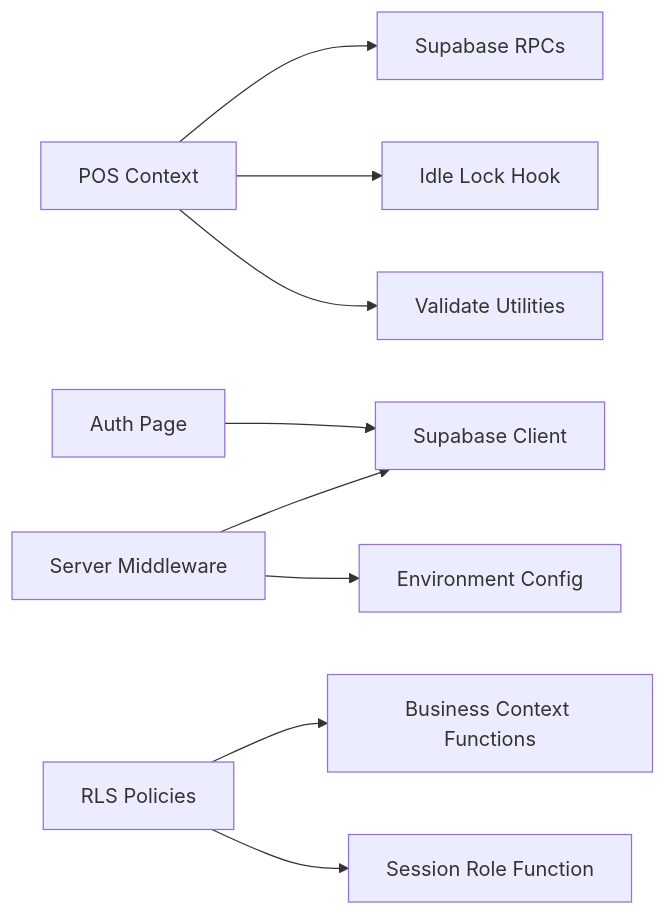
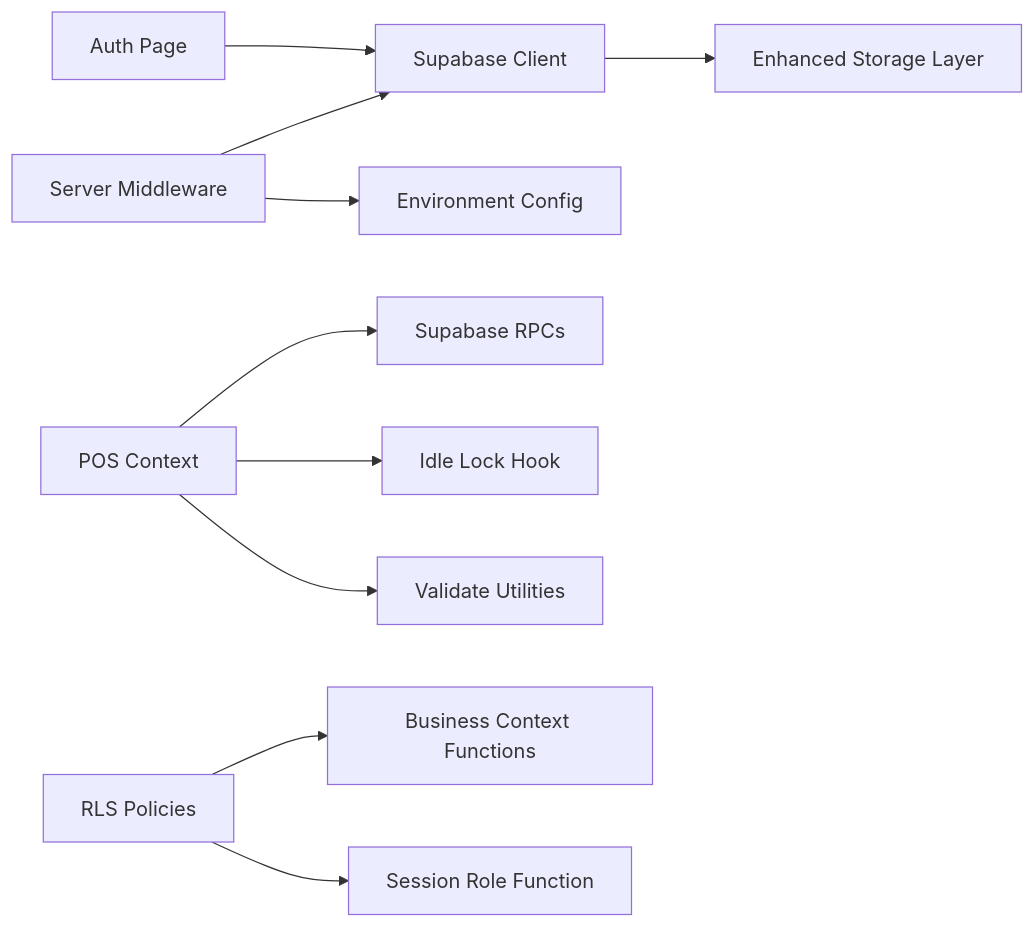
One commit to themclloyd/storq changed the sixth of 6 diagrams in .qoder/repowiki/en/content/Authentication & Security/Authentication & Security.md. Above: the diagram before and after it, drawn with Mermaid. The commit also changed other lines of this file and 31 other files, not shown here.

````diff
--- a/.qoder/repowiki/en/content/Authentication & Security/Authentication & Security.md
+++ b/.qoder/repowiki/en/content/Authentication & Security/Authentication & Security.md
@@ -321,11 +363,12 @@
 ```mermaid
 graph LR
 AuthPage["Auth Page"] --> SupabaseClient["Supabase Client"]
+SupabaseClient --> EnhancedStorage["Enhanced Storage Layer"]
 POSContext["POS Context"] --> Validate["Validate Utilities"]
 POSContext --> IdleLock["Idle Lock Hook"]
 POSContext --> RPCs["Supabase RPCs"]
 ServerMW["Server Middleware"] --> Env["Environment Config"]
 ServerMW --> SupabaseClient
 DBPolicies["RLS Policies"] --> SessionRole["Session Role Function"]
 DBPolicies --> BusinessCtx["Business Context Functions"]
 ```
````
